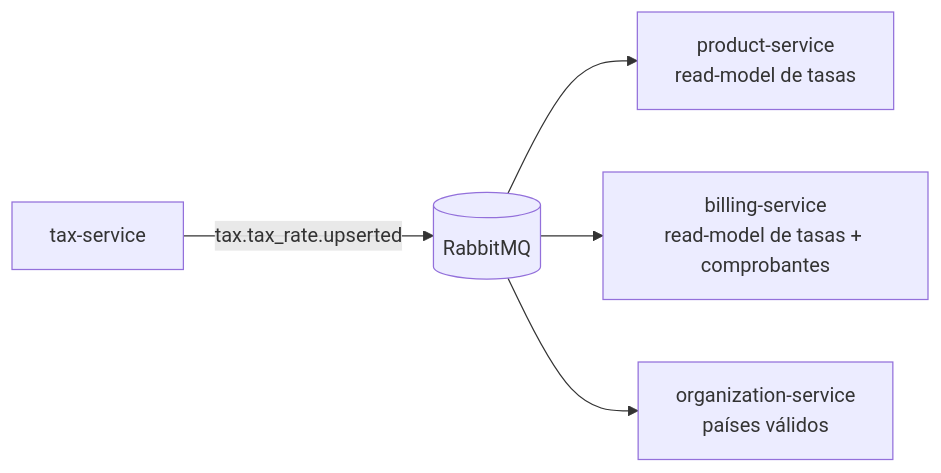
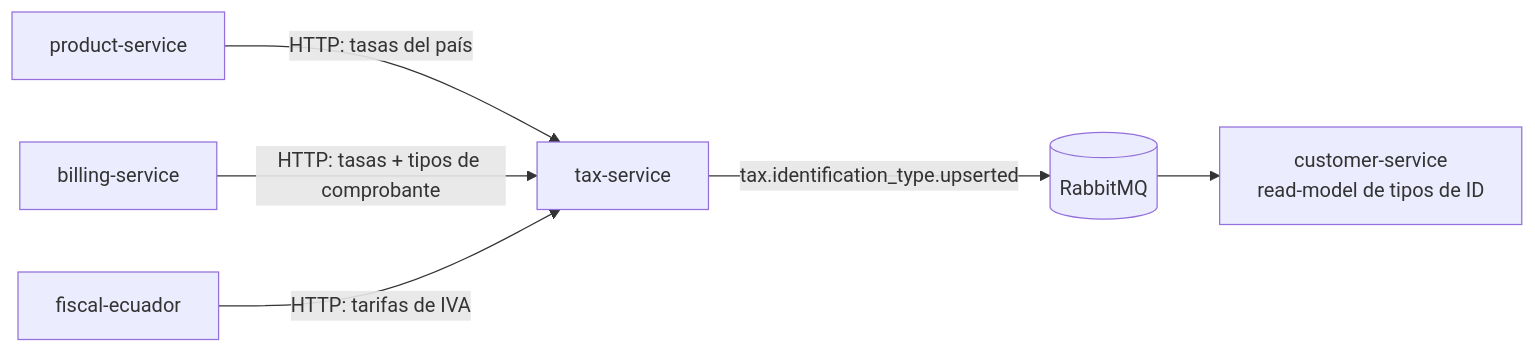
One commit to facturero/boveda changed the third of 4 diagrams in crm-proyect/servicios/tax-service.md. Above: the diagram before and after it, drawn with Mermaid. The commit also changed other lines of this file and 21 other files, not shown here.

````diff
--- a/crm-proyect/servicios/tax-service.md
+++ b/crm-proyect/servicios/tax-service.md
@@ -126,7 +130,8 @@
 ```mermaid
 graph LR
-    TX[tax-service] -->|tax.tax_rate.upserted| MQ[(RabbitMQ)]
-    MQ --> P[product-service<br/>read-model de tasas]
-    MQ --> B[billing-service<br/>read-model de tasas + comprobantes]
-    MQ --> O[organization-service<br/>países válidos]
+    TX[tax-service] -->|tax.identification_type.upserted| MQ[(RabbitMQ)]
+    MQ --> C[customer-service<br/>read-model de tipos de ID]
+    P[product-service] -->|HTTP: tasas del país| TX
+    B[billing-service] -->|HTTP: tasas + tipos de comprobante| TX
+    F[fiscal-ecuador] -->|HTTP: tarifas de IVA| TX
 ```
````
